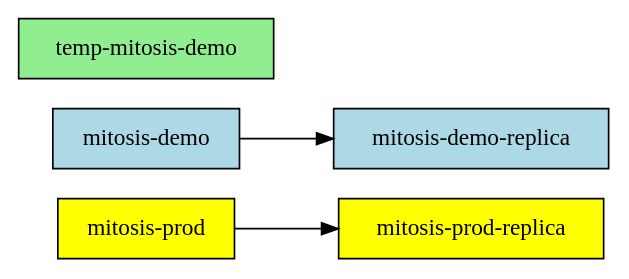
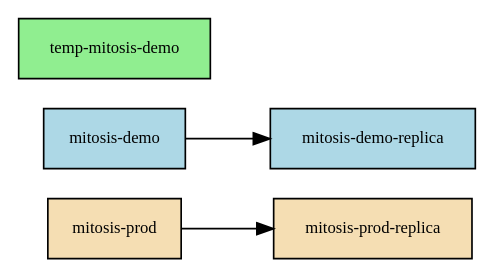
The third of 7 diagrams in doc/examples.org (dgtized/stack-mitosis), drawn with Graphviz before and after one commit. The commit also changed other lines of this file and 7 other files, not shown here.

```diff
--- a/doc/examples.org
+++ b/doc/examples.org
@@ -33,13 +33,13 @@
    #+begin_src dot :file img/promote-1.png
    digraph copying {
-       rankdir=LR; node [shape=box]
-       "mitosis-prod" [style=filled,fillcolor=yellow]
-       "mitosis-prod-replica" [style=filled,fillcolor=yellow]
+       rankdir=LR; node [shape=box,fontsize=10]
+       "mitosis-prod" [style=filled,fillcolor=wheat]
+       "mitosis-prod-replica" [style=filled,fillcolor=wheat]
        "mitosis-demo" [style=filled,fillcolor=lightblue]
        "mitosis-demo-replica" [style=filled,fillcolor=lightblue]
        "temp-mitosis-demo" [style=filled,fillcolor=lightgreen]
        "mitosis-prod" -> "mitosis-prod-replica"
        "temp-mitosis-demo"
        "mitosis-demo" -> "mitosis-demo-replica"
    }
    #+end_src
```
